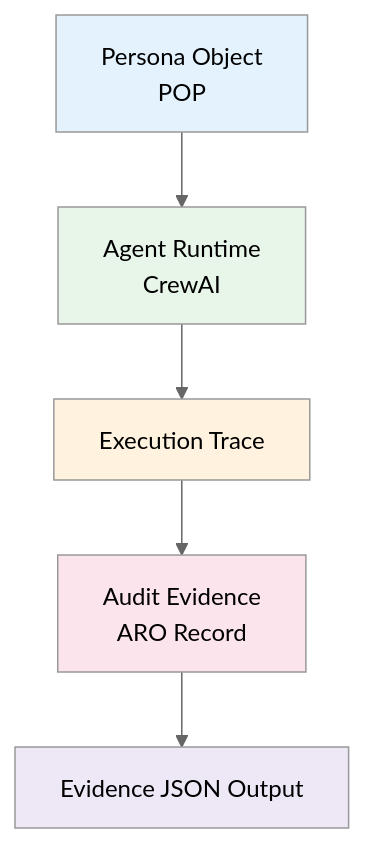
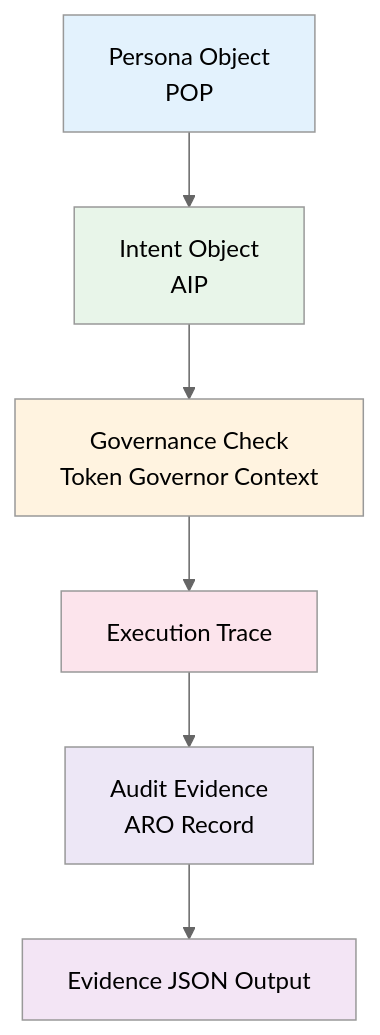
Before and after one commit to joy7758/verifiable-agent-demo: the diagram in docs/diagrams/agent-governance-stack.md, drawn with Mermaid (neutral theme). The commit also changed other lines of this file and 20 other files, not shown here.

Commit message:
feat: add explicit intent and result objects to verifiable agent demo

````diff
--- a/docs/diagrams/agent-governance-stack.md
+++ b/docs/diagrams/agent-governance-stack.md
@@ -3,17 +3,20 @@
 ```mermaid
 flowchart TD
 
-A[Persona Object<br>POP] --> B[Agent Runtime<br>CrewAI]
+A[Persona Object<br>POP] --> B[Intent Object<br>AIP]
 
-B --> C[Execution Trace]
+B --> C[Governance Check<br>Token Governor Context]
 
-C --> D[Audit Evidence<br>ARO Record]
+C --> D[Execution Trace]
 
-D --> E[Evidence JSON Output]
+D --> E[Audit Evidence<br>ARO Record]
+
+E --> F[Evidence JSON Output]
 
 style A fill:#e3f2fd
 style B fill:#e8f5e9
 style C fill:#fff3e0
 style D fill:#fce4ec
 style E fill:#ede7f6
+style F fill:#f3e5f5
 ```
````
